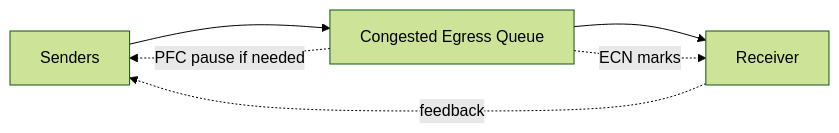
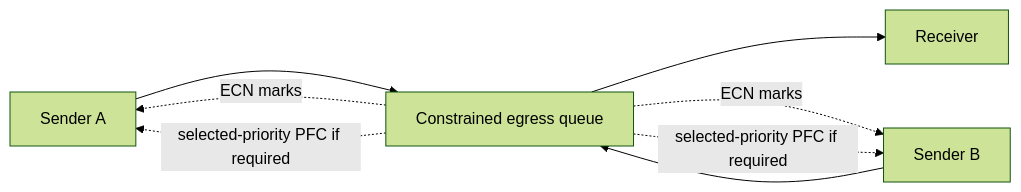
One commit to jithinpnjm/nvidia-devops changed the diagram in docs/nvidia-zero-to-hero/volume-09/labs/lab-03-observe-pfc-and-ecn-under-load.md. Above: the diagram before and after it, drawn with Mermaid (forest theme). The commit also changed other lines of this file and 3 other files, not shown here.

````diff
--- a/docs/nvidia-zero-to-hero/volume-09/labs/lab-03-observe-pfc-and-ecn-under-load.md
+++ b/docs/nvidia-zero-to-hero/volume-09/labs/lab-03-observe-pfc-and-ecn-under-load.md
@@ -31,8 +31,10 @@
 ```mermaid
 flowchart LR
-    S1[Senders] --> Q[Congested Egress Queue]
+    S1[Sender A] --> Q[Constrained egress queue]
+    S2[Sender B] --> Q
     Q --> R[Receiver]
-    Q -. ECN marks .-> R
-    R -. feedback .-> S1
-    Q -. PFC pause if needed .-> S1
+    Q -. ECN marks .-> S1
+    Q -. ECN marks .-> S2
+    Q -. selected-priority PFC if required .-> S1
+    Q -. selected-priority PFC if required .-> S2
 ```
````
